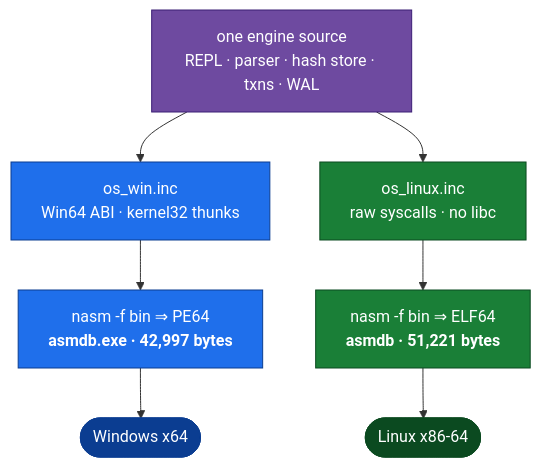
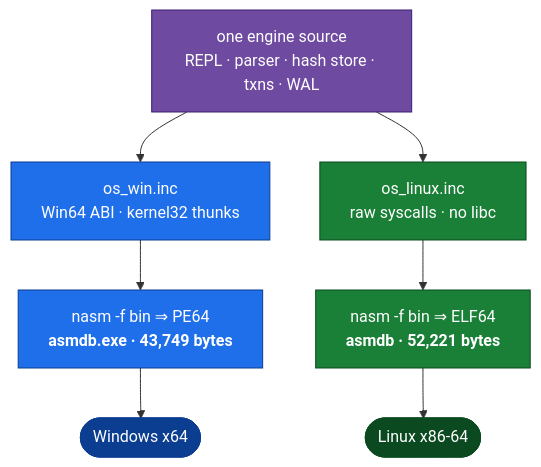
The first of 2 diagrams in README.md (fredgis/asmDB), drawn with Mermaid before and after one commit. The commit also changed other lines of this file and 38 other files, not shown here.

````diff
--- a/README.md
+++ b/README.md
@@ -223,19 +231,19 @@
 ```mermaid
 flowchart TD
     SRC["one engine source<br/>REPL · parser · hash store · txns · WAL"]:::core
 
     SRC --> WIN["os_win.inc<br/>Win64 ABI · kernel32 thunks"]:::win
     SRC --> LIN["os_linux.inc<br/>raw syscalls · no libc"]:::lin
 
-    WIN --> PE["nasm -f bin ⇒ PE64<br/><b>asmdb.exe · 42,997 bytes</b>"]:::win
-    LIN --> ELF["nasm -f bin ⇒ ELF64<br/><b>asmdb · 51,221 bytes</b>"]:::lin
+    WIN --> PE["nasm -f bin ⇒ PE64<br/><b>asmdb.exe · 43,749 bytes</b>"]:::win
+    LIN --> ELF["nasm -f bin ⇒ ELF64<br/><b>asmdb · 52,221 bytes</b>"]:::lin
 
     PE --> WOS(["Windows x64"]):::winb
     ELF --> LOS(["Linux x86-64"]):::linb
 
     classDef core fill:#6e4aa0,stroke:#3b1e75,color:#fff
     classDef win  fill:#1f6feb,stroke:#0b3d91,color:#fff
     classDef lin  fill:#1a7f37,stroke:#0b4a20,color:#fff
     classDef winb fill:#0b3d91,stroke:#0b3d91,color:#fff
     classDef linb fill:#0b4a20,stroke:#0b4a20,color:#fff
 ```
````
